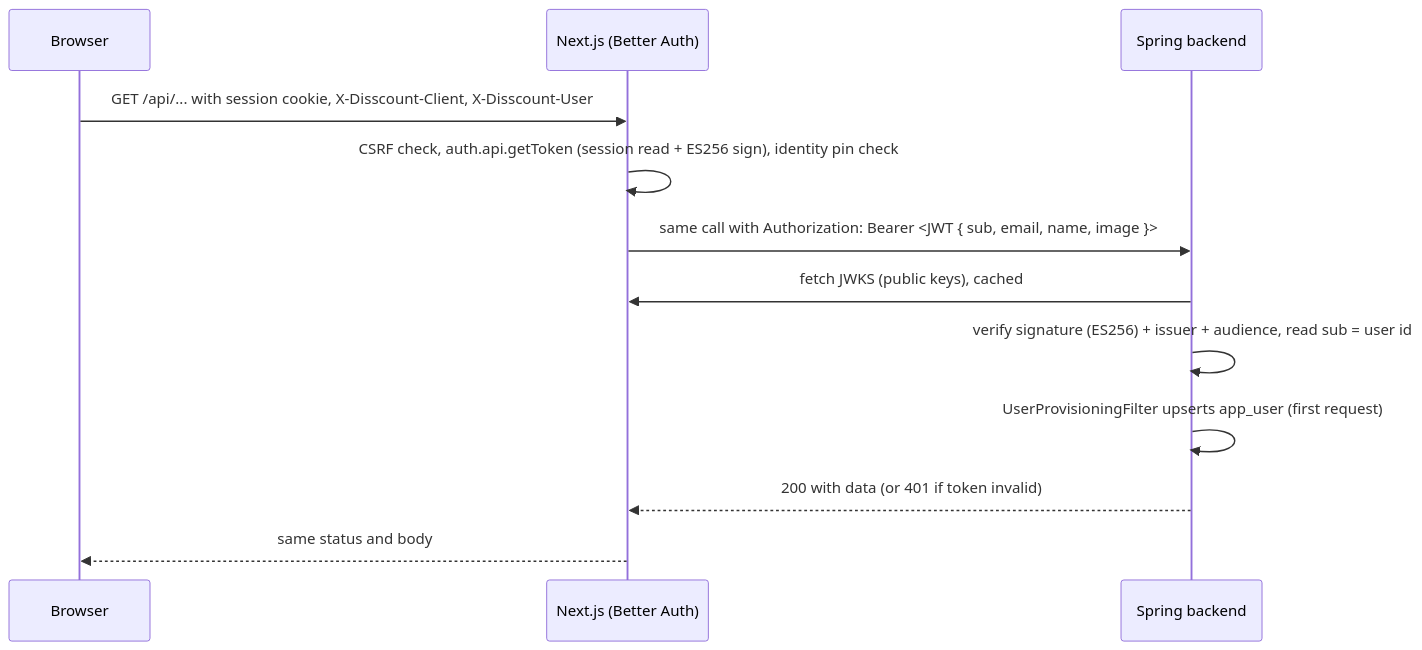
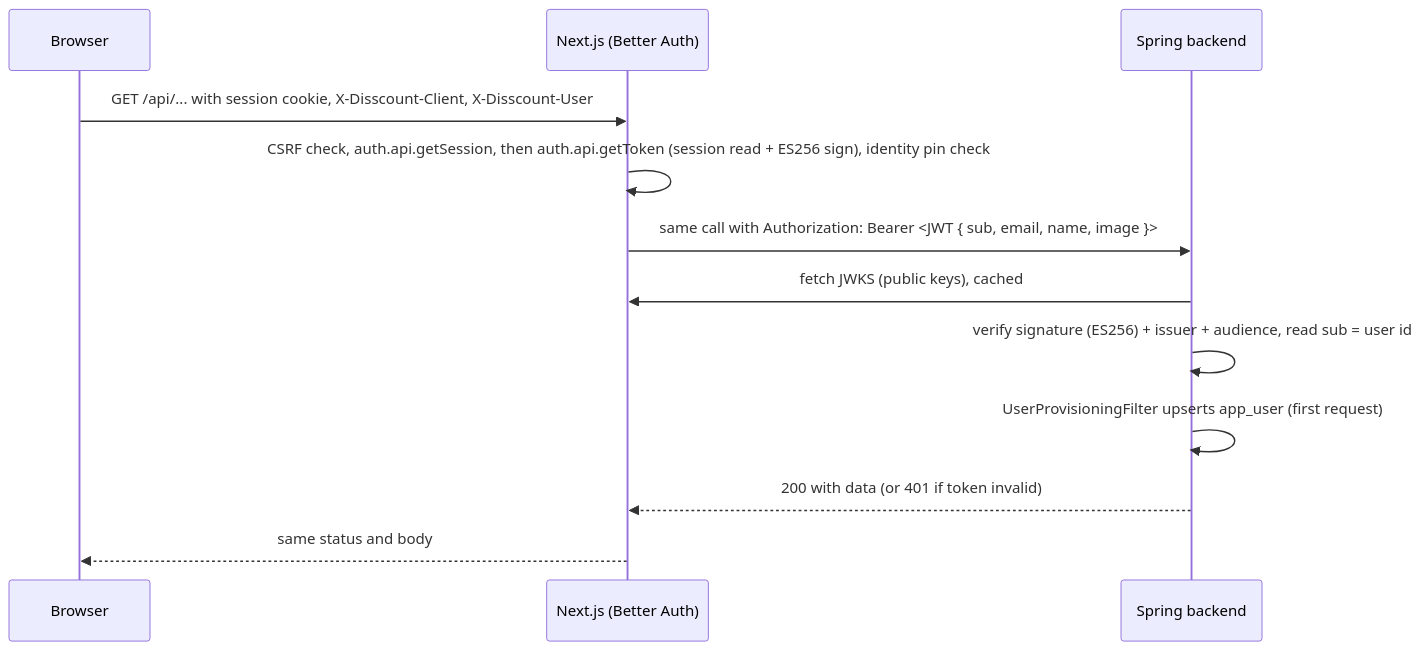
Before and after one commit to OffCrazyFreak/Disscount: the second of 4 diagrams in docs/AUTH.md, drawn with Mermaid. The commit also changed other lines of this file and 1 other file, not shown here.

Commit message:
docs(proxy): Name both session reads in the proxy and auth flows
The diagrams and the token paragraph in BACKEND-PROXY and AUTH still showed getToken as the only session read, and the gotcha did not say how a 401 from getToken is checked again.

````diff
--- a/docs/AUTH.md
+++ b/docs/AUTH.md
@@ -33,14 +33,14 @@
 ```mermaid
 sequenceDiagram
     participant B as Browser
     participant N as Next.js (Better Auth)
     participant S as Spring backend
     B->>N: GET /api/... with session cookie, X-Disscount-Client, X-Disscount-User
-    N->>N: CSRF check, auth.api.getToken (session read + ES256 sign), identity pin check
+    N->>N: CSRF check, auth.api.getSession, then auth.api.getToken (session read + ES256 sign), identity pin check
     N->>S: same call with Authorization: Bearer <JWT { sub, email, name, image }>
     S->>N: fetch JWKS (public keys), cached
     S->>S: verify signature (ES256) + issuer + audience, read sub = user id
     S->>S: UserProvisioningFilter upserts app_user (first request)
     S-->>N: 200 with data (or 401 if token invalid)
     N-->>B: same status and body
 ```
````
